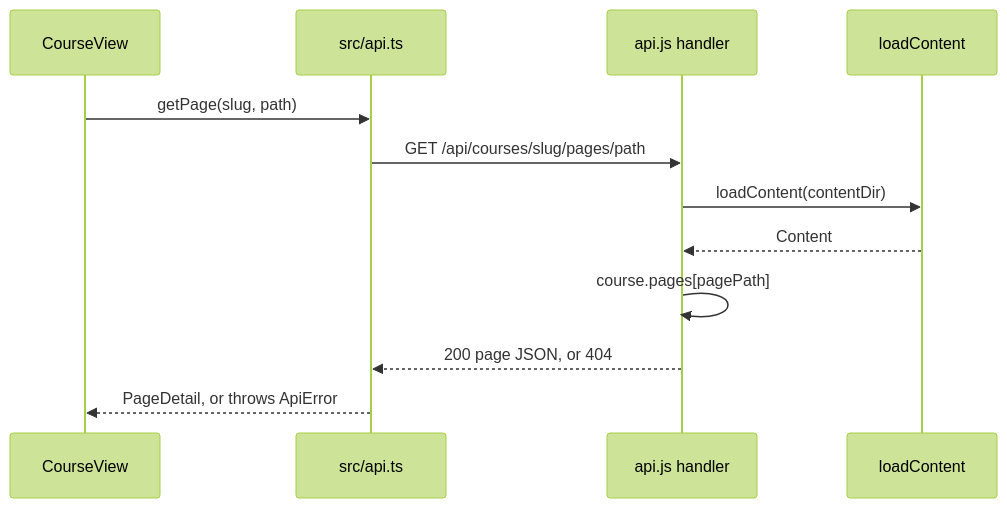
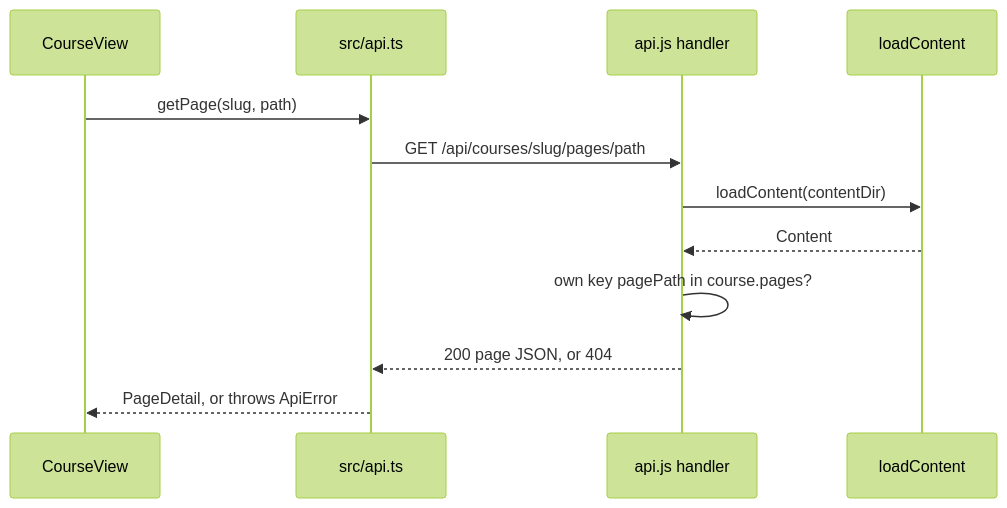
The diagram in .teachme/courses/how-teachme-works/03-server/02-api.md (Galvill/TeachMe), drawn with Mermaid (forest theme) before and after one commit. The commit also changed other lines of this file and 11 other files, not shown here.

````diff
--- a/.teachme/courses/how-teachme-works/03-server/02-api.md
+++ b/.teachme/courses/how-teachme-works/03-server/02-api.md
@@ -30,14 +32,14 @@
 ```mermaid
 sequenceDiagram
   participant V as CourseView
   participant A as src/api.ts
   participant H as api.js handler
   participant L as loadContent
   V->>A: getPage(slug, path)
   A->>H: GET /api/courses/slug/pages/path
   H->>L: loadContent(contentDir)
   L-->>H: Content
-  H->>H: course.pages[pagePath]
+  H->>H: own key pagePath in course.pages?
   H-->>A: 200 page JSON, or 404
   A-->>V: PageDetail, or throws ApiError
 ```
````
